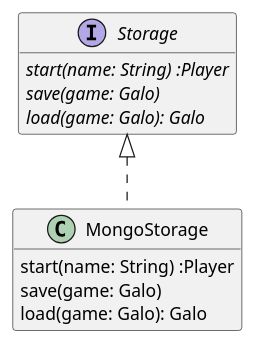
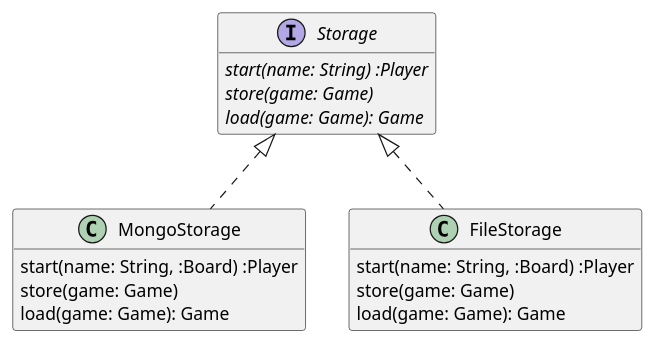
Before and after one commit to ISEL-STRESSES/Battleship: the diagram in src/main/kotlin/battleship/plantUMLs/storage/storageTypes.puml, drawn with PlantUML. The commit also changed 121 other files, not shown here.

```diff
--- a/src/main/kotlin/battleship/plantUMLs/storage/storageTypes.puml
+++ b/src/main/kotlin/battleship/plantUMLs/storage/storageTypes.puml
@@ -1,16 +1,22 @@
 @startuml
 
 hide empty members
 
 interface Storage {
   {abstract} start(name: String) :Player
-  {abstract} save(game: Galo)
-  {abstract} load(game: Galo): Galo
+  {abstract} store(game: Game)
+  {abstract} load(game: Game): Game
 }
 
 class MongoStorage implements Storage {
-  start(name: String) :Player
-  save(game: Galo)
-  load(game: Galo): Galo
+  start(name: String, :Board) :Player
+  store(game: Game)
+  load(game: Game): Game
+}
+
+class FileStorage implements Storage {
+  start(name: String, :Board) :Player
+  store(game: Game)
+  load(game: Game): Game
 }
 @enduml
```
